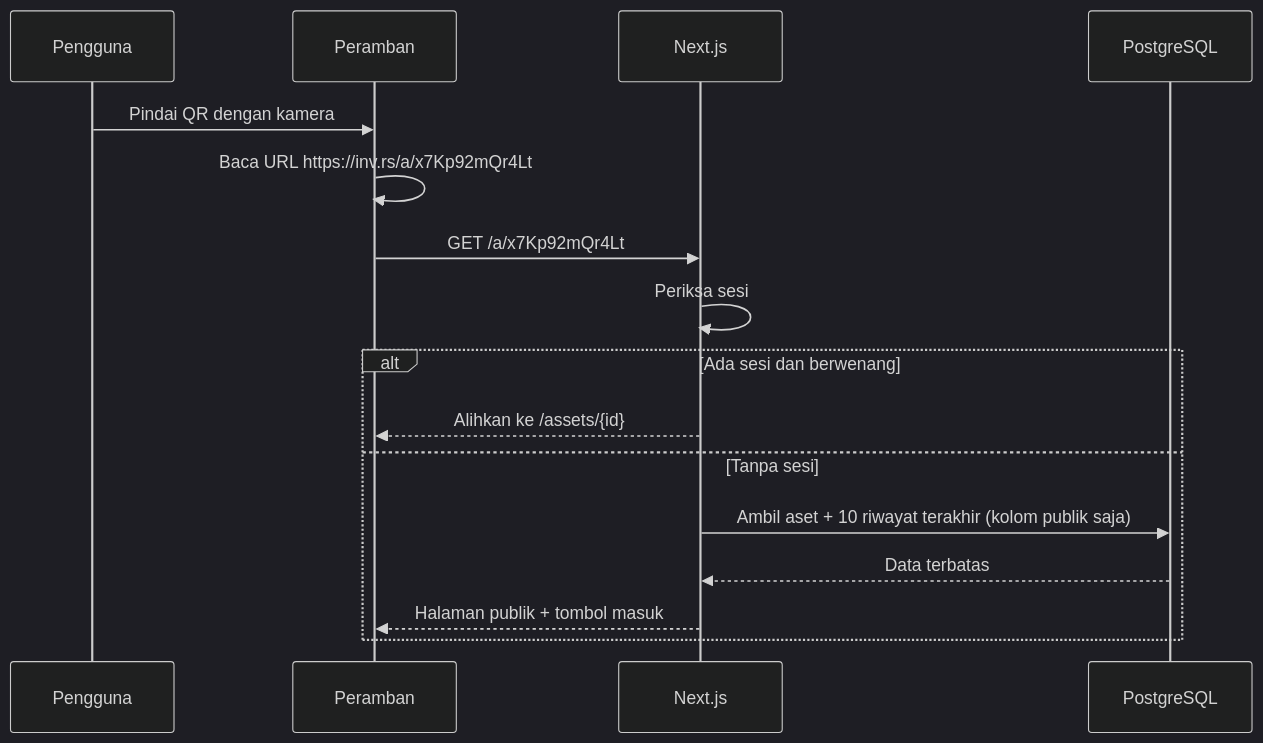
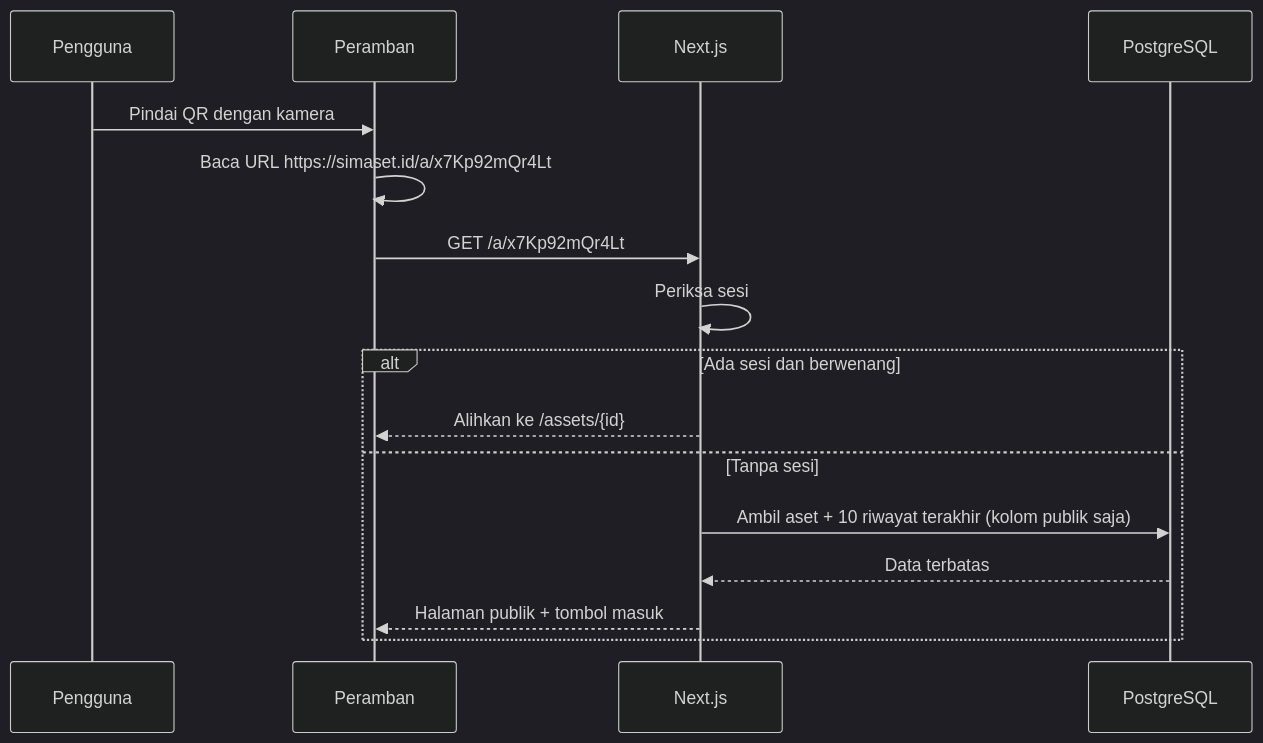
The second of 3 diagrams in docs/04-technical-architecture.md (mferdinandr/inventory-management), drawn with Mermaid (dark theme) before and after one commit. The commit also changed other lines of this file and 12 other files, not shown here.

````diff
--- a/docs/04-technical-architecture.md
+++ b/docs/04-technical-architecture.md
@@ -153,19 +169,19 @@
 ```mermaid
 sequenceDiagram
     participant U as Pengguna
     participant B as Peramban
     participant N as Next.js
     participant DB as PostgreSQL
 
     U->>B: Pindai QR dengan kamera
-    B->>B: Baca URL https://inv.rs/a/x7Kp92mQr4Lt
+    B->>B: Baca URL https://simaset.id/a/x7Kp92mQr4Lt
     B->>N: GET /a/x7Kp92mQr4Lt
     N->>N: Periksa sesi
     alt Ada sesi dan berwenang
         N-->>B: Alihkan ke /assets/{id}
     else Tanpa sesi
         N->>DB: Ambil aset + 10 riwayat terakhir (kolom publik saja)
         DB-->>N: Data terbatas
         N-->>B: Halaman publik + tombol masuk
     end
 ```
````
